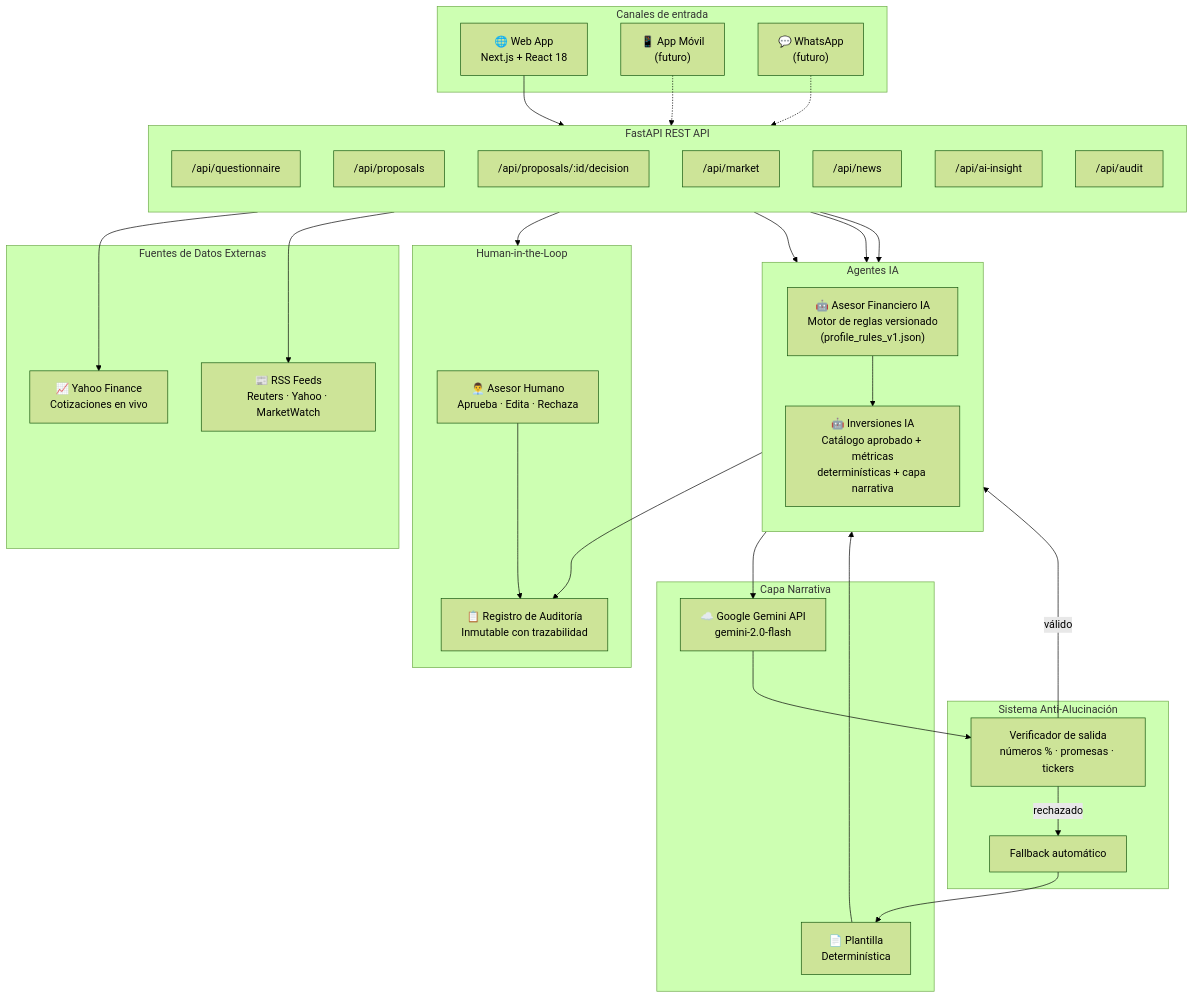
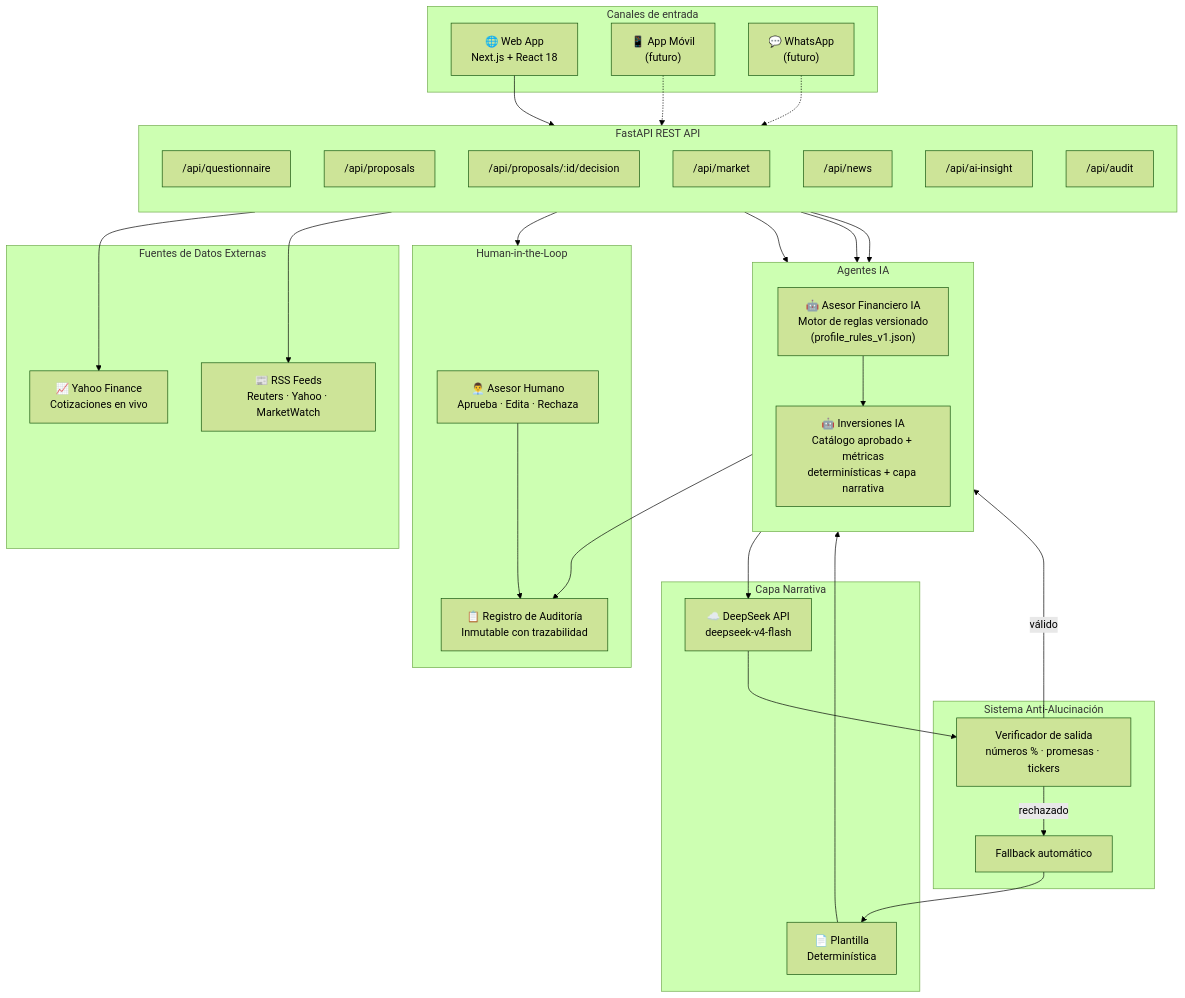
Before and after one commit to marcado993/retoIA-taws: the first of 4 diagrams in DOCUMENTO_EXPLICATIVO.md, drawn with Mermaid (forest theme). The commit also changed other lines of this file and 20 other files, not shown here.

````diff
--- a/DOCUMENTO_EXPLICATIVO.md
+++ b/DOCUMENTO_EXPLICATIVO.md
@@ -15,68 +15,68 @@
 ```mermaid
 flowchart TB
     subgraph CANALES["Canales de entrada"]
         WEB["🌐 Web App<br/>Next.js + React 18"]
         FUTURE_MOBILE["📱 App Móvil<br/>(futuro)"]
         FUTURE_WA["💬 WhatsApp<br/>(futuro)"]
     end
 
     subgraph API["FastAPI REST API"]
         direction TB
         EP_Q["/api/questionnaire"]
         EP_P["/api/proposals"]
         EP_D["/api/proposals/:id/decision"]
         EP_M["/api/market"]
         EP_N["/api/news"]
         EP_AI["/api/ai-insight"]
         EP_A["/api/audit"]
     end
 
     subgraph AGENTES["Agentes IA"]
         direction TB
         AG1["🤖 Asesor Financiero IA<br/>Motor de reglas versionado<br/>(profile_rules_v1.json)"]
         AG2["🤖 Inversiones IA<br/>Catálogo aprobado + métricas<br/>determinísticas + capa narrativa"]
     end
 
     subgraph LLM["Capa Narrativa"]
-        GEMINI["☁️ Google Gemini API<br/>gemini-2.0-flash"]
+        GEMINI["☁️ DeepSeek API<br/>deepseek-v4-flash"]
         FALLBACK["📄 Plantilla<br/>Determinística"]
     end
 
     subgraph DATOS["Fuentes de Datos Externas"]
         YAHOO["📈 Yahoo Finance<br/>Cotizaciones en vivo"]
         RSS["📰 RSS Feeds<br/>Reuters · Yahoo · MarketWatch"]
     end
 
     subgraph VERIFICACION["Sistema Anti-Alucinación"]
         V1["Verificador de salida<br/>números % · promesas · tickers"]
         V2["Fallback automático"]
     end
 
     subgraph HITL["Human-in-the-Loop"]
         ASESOR["👨‍💼 Asesor Humano<br/>Aprueba · Edita · Rechaza"]
         AUDIT["📋 Registro de Auditoría<br/>Inmutable con trazabilidad"]
     end
 
     WEB --> API
     FUTURE_MOBILE -.-> API
     FUTURE_WA -.-> API
 
     EP_Q --> AG1
     EP_P --> AG1
     AG1 --> AG2
     EP_D --> HITL
 
     AG2 --> GEMINI
     GEMINI --> V1
     V1 -->|válido| AG2
     V1 -->|rechazado| V2
     V2 --> FALLBACK
     FALLBACK --> AG2
 
     EP_M --> YAHOO
     EP_N --> RSS
     EP_AI --> AG2
 
     ASESOR --> AUDIT
     AG2 --> AUDIT
 ```
````
